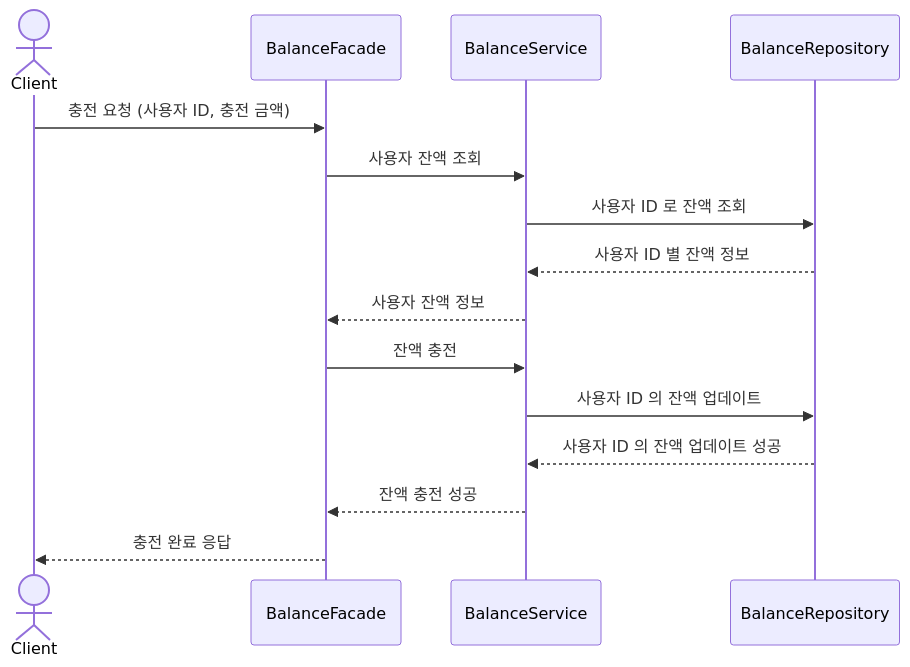
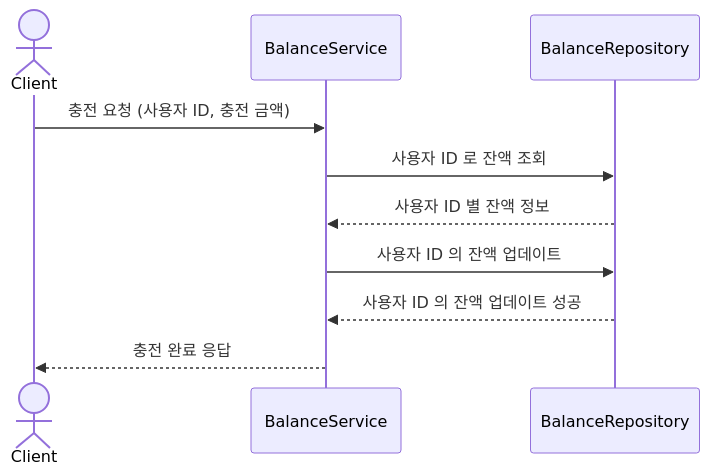
Before and after one commit to lgm1007/hhplus_ecommerce: the first of 10 diagrams in docs/SEQUENCE_DIAGRAM.md, drawn with Mermaid. The commit also changed other lines of this file, not shown here.

Commit message:
docs: 시퀀스 다이어그램 - 잔액 시퀀스 다이어그램 내용 수정

````diff
--- a/docs/SEQUENCE_DIAGRAM.md
+++ b/docs/SEQUENCE_DIAGRAM.md
@@ -8,18 +8,13 @@
 ```mermaid
 sequenceDiagram
     actor Client
-    participant BalanceFacade
     participant BalanceService
     participant BalanceRepository
 
-    Client ->> BalanceFacade: 충전 요청 (사용자 ID, 충전 금액)
-    BalanceFacade ->> BalanceService: 사용자 잔액 조회
+    Client ->> BalanceService: 충전 요청 (사용자 ID, 충전 금액)
     BalanceService ->> BalanceRepository: 사용자 ID 로 잔액 조회
     BalanceRepository -->> BalanceService: 사용자 ID 별 잔액 정보
-    BalanceService -->> BalanceFacade: 사용자 잔액 정보
-    BalanceFacade ->> BalanceService: 잔액 충전
     BalanceService ->> BalanceRepository: 사용자 ID 의 잔액 업데이트
     BalanceRepository -->> BalanceService: 사용자 ID 의 잔액 업데이트 성공
-    BalanceService -->> BalanceFacade: 잔액 충전 성공
-    BalanceFacade -->> Client: 충전 완료 응답
+    BalanceService -->> Client: 충전 완료 응답
 ```
````
